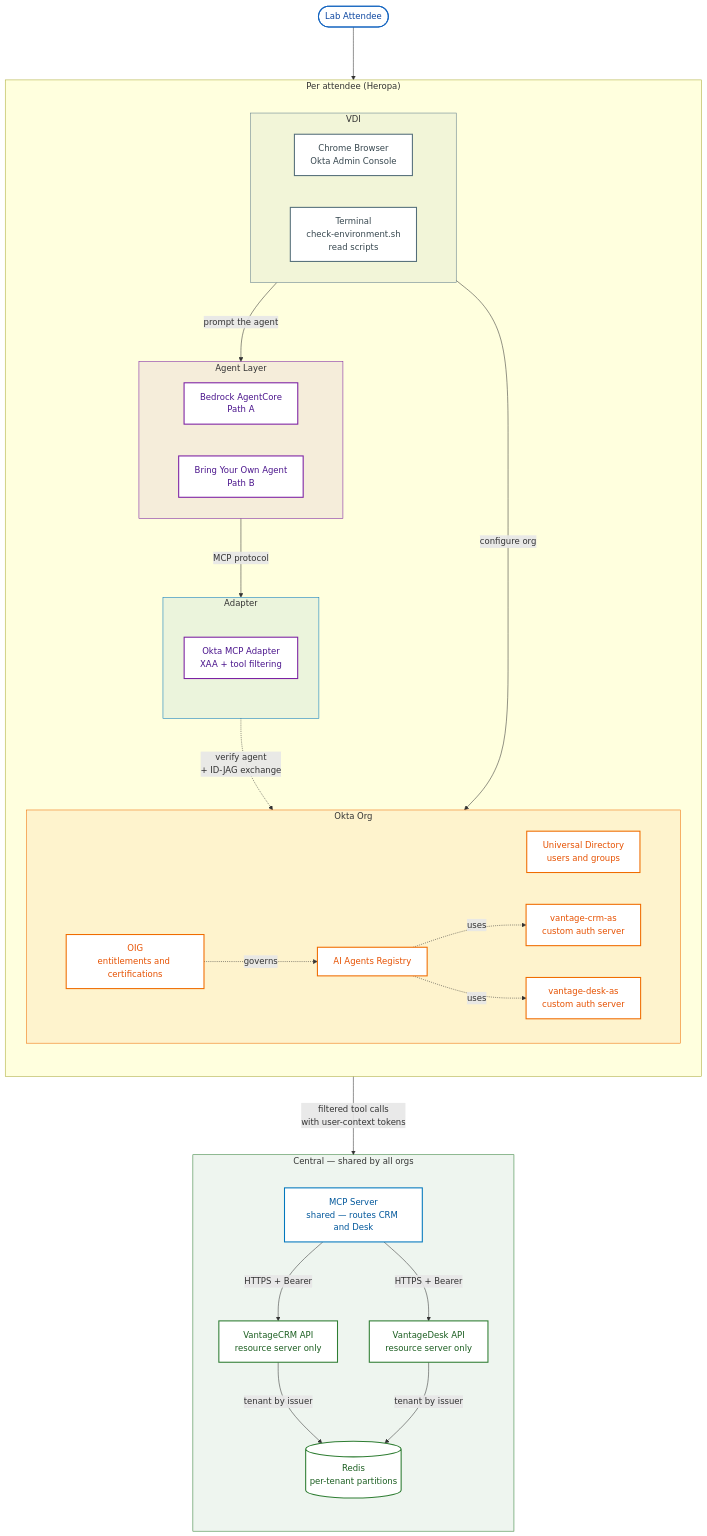
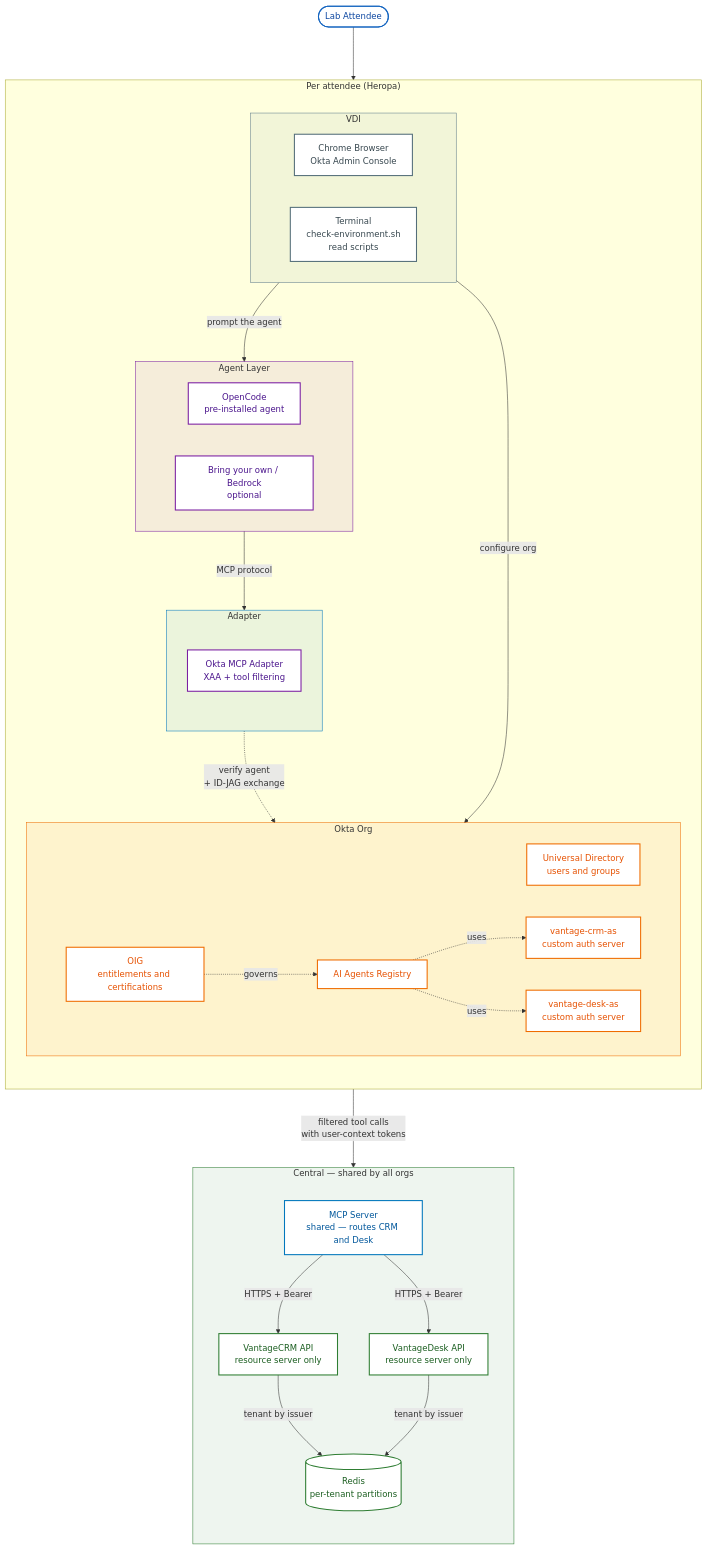
One commit to joevanhorn/04aa-tech-camp changed the diagram in reference/architecture-diagram-source.md. Above: the diagram before and after it, drawn with Mermaid. The commit also changed 6 other files, not shown here.

First line of the commit message:
docs: OpenCode as the primary agent path + endpoint cleanup (#3)

````diff
--- a/reference/architecture-diagram-source.md
+++ b/reference/architecture-diagram-source.md
@@ -21,79 +21,79 @@
 ```mermaid
 %%{init: {'flowchart': {'nodeSpacing': 60, 'rankSpacing': 100, 'curve': 'basis'}}}%%
 flowchart TB
     User([Lab Attendee])
 
     subgraph Heropa["Per attendee (Heropa)"]
         direction TB
 
         subgraph VDI["VDI"]
             direction LR
             Browser[Chrome Browser<br>Okta Admin Console]
             Terminal[Terminal<br>check-environment.sh<br>read scripts]
         end
 
         subgraph AgentLayer["Agent Layer"]
             direction LR
-            Bedrock[Bedrock AgentCore<br>Path A]
-            BYO[Bring Your Own Agent<br>Path B]
+            OpenCode[OpenCode<br>pre-installed agent]
+            BYO[Bring your own / Bedrock<br>optional]
         end
 
         subgraph Edge["Adapter"]
             direction TB
             Adapter[Okta MCP Adapter<br>XAA + tool filtering]
         end
 
         subgraph Okta["Okta Org"]
             direction LR
             UD[Universal Directory<br>users and groups]
             AIRegistry[AI Agents Registry]
             CRMAS[vantage-crm-as<br>custom auth server]
             DeskAS[vantage-desk-as<br>custom auth server]
             OIG[OIG<br>entitlements and certifications]
         end
     end
 
     subgraph Central["Central — shared by all orgs"]
         direction TB
         MCP[MCP Server<br>shared — routes CRM and Desk]
         CRM[VantageCRM API<br>resource server only]
         Desk[VantageDesk API<br>resource server only]
         Redis[(Redis<br>per-tenant partitions)]
     end
 
     User --> Browser
     Browser -->|configure org| Okta
     Browser -->|prompt the agent| AgentLayer
 
     AgentLayer -->|MCP protocol| Adapter
     Adapter -.verify agent<br>+ ID-JAG exchange.-> AIRegistry
     Adapter -->|filtered tool calls<br>with user-context tokens| MCP
     MCP -->|HTTPS + Bearer| CRM
     MCP -->|HTTPS + Bearer| Desk
     CRM -->|tenant by issuer| Redis
     Desk -->|tenant by issuer| Redis
 
     OIG -.governs.-> AIRegistry
     AIRegistry -.uses.-> CRMAS
     AIRegistry -.uses.-> DeskAS
 
     classDef trigger fill:#ffffff,stroke:#1565c0,stroke-width:2px,color:#0d47a1
     classDef infra fill:#ffffff,stroke:#546e7a,stroke-width:2px,color:#37474f
     classDef oktaCore fill:#ffffff,stroke:#ef6c00,stroke-width:2px,color:#e65100
     classDef workflow fill:#ffffff,stroke:#7b1fa2,stroke-width:2px,color:#4a148c
     classDef action fill:#ffffff,stroke:#0277bd,stroke-width:2px,color:#01579b
     classDef governance fill:#ffffff,stroke:#2e7d32,stroke-width:2px,color:#1b5e20
 
     class User trigger
     class Browser,Terminal infra
-    class Bedrock,BYO,Adapter workflow
+    class OpenCode,BYO,Adapter workflow
     class MCP action
     class CRM,Desk,Redis governance
     class UD,AIRegistry,CRMAS,DeskAS,OIG oktaCore
 
     style VDI fill:#607d8b14,stroke:#607d8b,stroke-width:1px
     style AgentLayer fill:#7b1fa214,stroke:#7b1fa2,stroke-width:1px
     style Edge fill:#0277bd14,stroke:#0277bd,stroke-width:1px
     style Okta fill:#ef6c0014,stroke:#ef6c00,stroke-width:1px
     style Central fill:#2e7d3214,stroke:#2e7d32,stroke-width:1px
 ```
````
